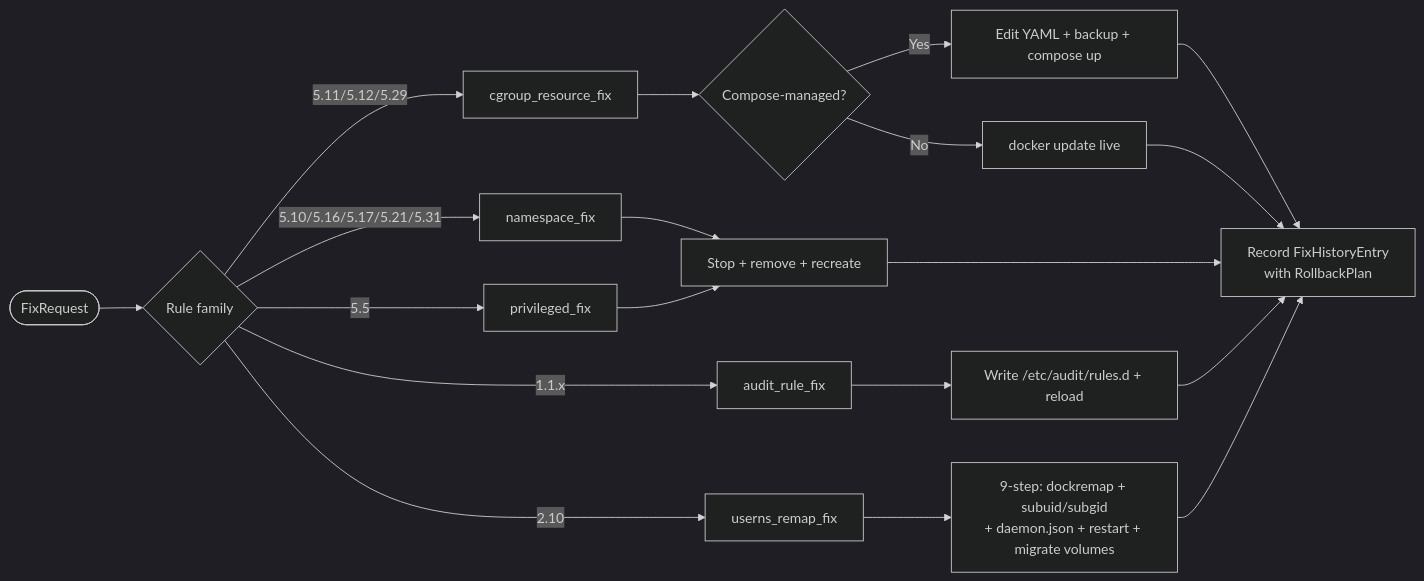
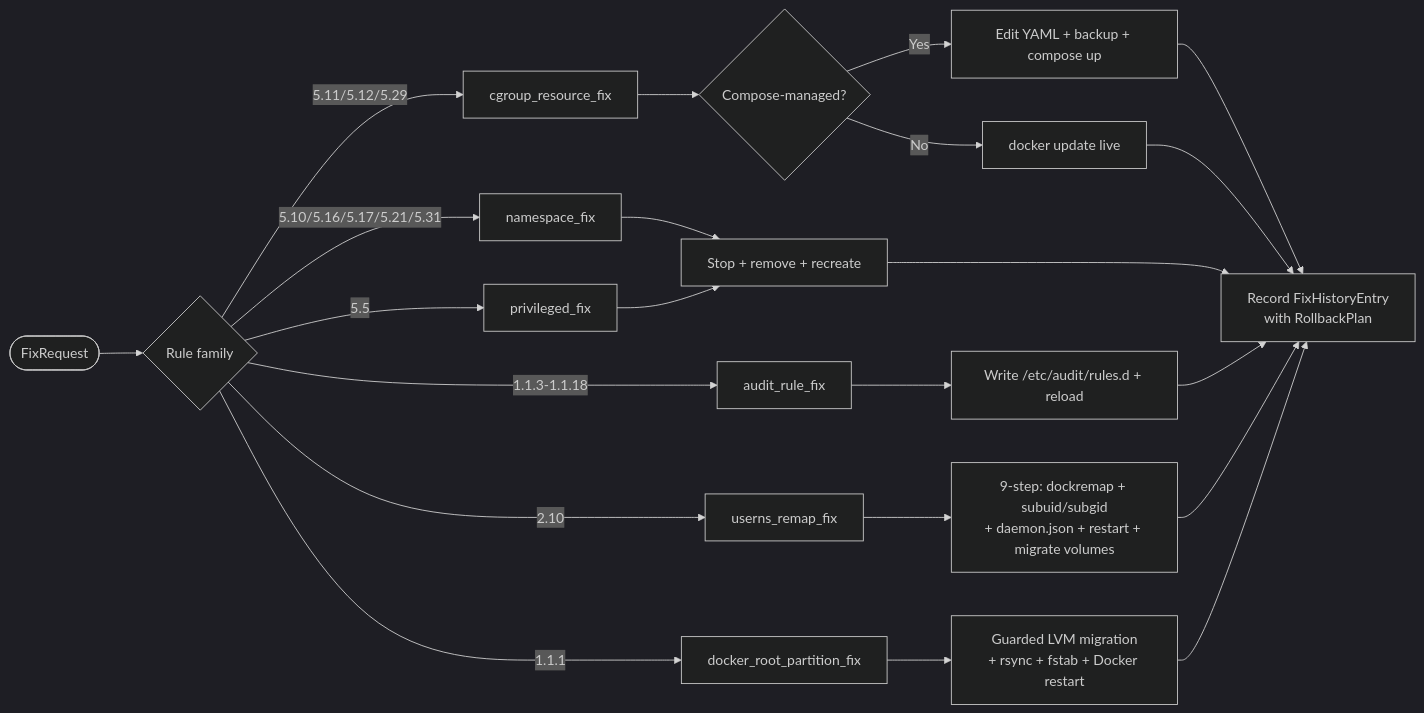
The second of 2 diagrams in README.md (rifuki/dokuru), drawn with Mermaid (dark theme) before and after one commit. The commit also changed other lines of this file and 12 other files, not shown here.

````diff
--- a/README.md
+++ b/README.md
@@ -134,21 +134,24 @@
 ```mermaid
 flowchart LR
     A([FixRequest]) --> B{Rule family}
     B -->|5.11/5.12/5.29| C[cgroup_resource_fix]
     B -->|5.10/5.16/5.17/5.21/5.31| D[namespace_fix]
     B -->|5.5| E[privileged_fix]
-    B -->|1.1.x| F[audit_rule_fix]
+    B -->|1.1.1| O[docker_root_partition_fix]
+    B -->|1.1.3-1.1.18| F[audit_rule_fix]
     B -->|2.10| G[userns_remap_fix]
     C --> H{Compose-managed?}
     H -->|Yes| I[Edit YAML + backup + compose up]
     H -->|No| J[docker update live]
     D --> K[Stop + remove + recreate]
     E --> K
     F --> L[Write /etc/audit/rules.d + reload]
     G --> M[9-step: dockremap + subuid/subgid<br/>+ daemon.json + restart + migrate volumes]
+    O --> P[Guarded LVM migration<br/>+ rsync + fstab + Docker restart]
     I --> N[Record FixHistoryEntry<br/>with RollbackPlan]
     J --> N
     K --> N
     L --> N
     M --> N
+    P --> N
 ```
````
